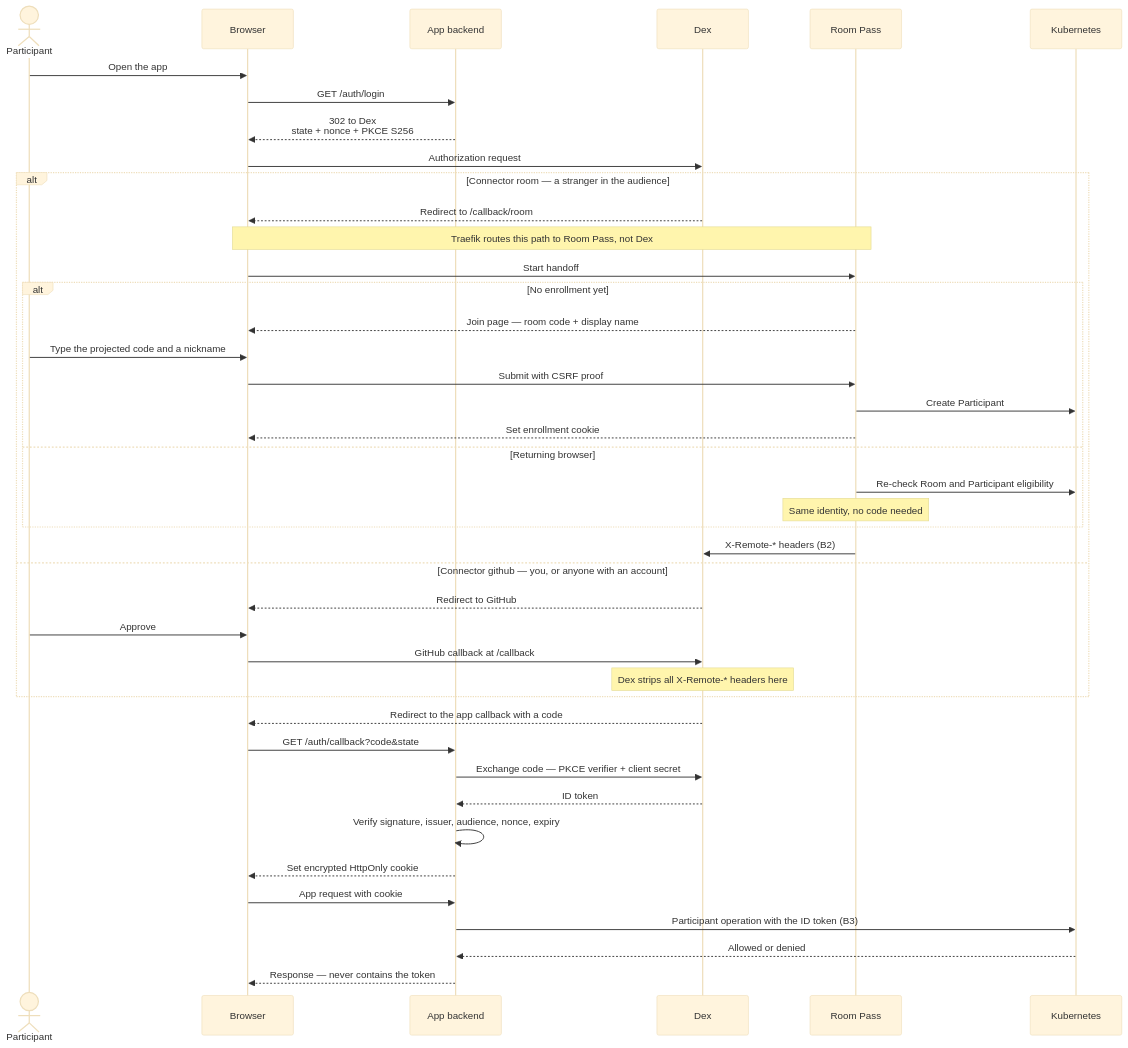
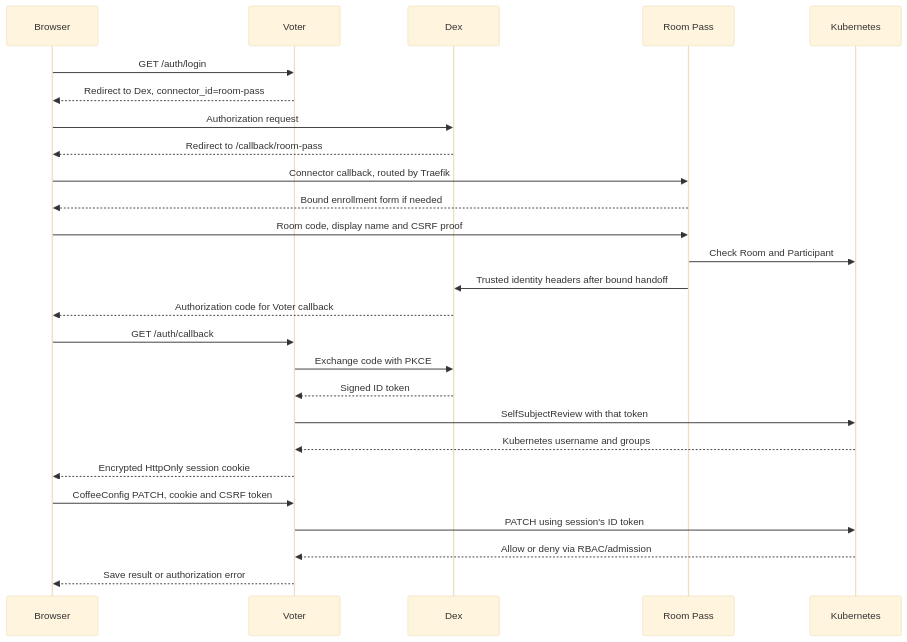
The diagram in room-pass/login-explained.md (sunib/voter), drawn with Mermaid (base theme) before and after one commit. The commit also changed other lines of this file and 57 other files, not shown here.

Commit message:
test: cover authorization and Dex network isolation; retire legacy deployment

````diff
--- a/room-pass/login-explained.md
+++ b/room-pass/login-explained.md
@@ -79,47 +26,28 @@
 ```mermaid
 sequenceDiagram
-    actor P as Participant
     participant B as Browser
-    participant A as App backend
+    participant V as Voter
     participant D as Dex
     participant R as Room Pass
     participant K as Kubernetes
-
-    P->>B: Open the app
-    B->>A: GET /auth/login
-    A-->>B: 302 to Dex<br/>state + nonce + PKCE S256
+    B->>V: GET /auth/login
+    V-->>B: Redirect to Dex, connector_id=room-pass
     B->>D: Authorization request
-
-    alt Connector room — a stranger in the audience
-        D-->>B: Redirect to /callback/room
-        Note over B,R: Traefik routes this path to Room Pass, not Dex
-        B->>R: Start handoff
-        alt No enrollment yet
-            R-->>B: Join page — room code + display name
-            P->>B: Type the projected code and a nickname
-            B->>R: Submit with CSRF proof
-            R->>K: Create Participant
-            R-->>B: Set enrollment cookie
-        else Returning browser
-            R->>K: Re-check Room and Participant eligibility
-            Note over R: Same identity, no code needed
-        end
-        R->>D: X-Remote-* headers (B2)
-    else Connector github — you, or anyone with an account
-        D-->>B: Redirect to GitHub
-        P->>B: Approve
-        B->>D: GitHub callback at /callback
-        Note over D: Dex strips all X-Remote-* headers here
-    end
-
-    D-->>B: Redirect to the app callback with a code
-    B->>A: GET /auth/callback?code&state
-    A->>D: Exchange code — PKCE verifier + client secret
-    D-->>A: ID token
-    A->>A: Verify signature, issuer, audience, nonce, expiry
-    A-->>B: Set encrypted HttpOnly cookie
-    B->>A: App request with cookie
-    A->>K: Participant operation with the ID token (B3)
-    K-->>A: Allowed or denied
-    A-->>B: Response — never contains the token
+    D-->>B: Redirect to /callback/room-pass
+    B->>R: Connector callback, routed by Traefik
+    R-->>B: Bound enrollment form if needed
+    B->>R: Room code, display name and CSRF proof
+    R->>K: Check Room and Participant
+    R->>D: Trusted identity headers after bound handoff
+    D-->>B: Authorization code for Voter callback
+    B->>V: GET /auth/callback
+    V->>D: Exchange code with PKCE
+    D-->>V: Signed ID token
+    V->>K: SelfSubjectReview with that token
+    K-->>V: Kubernetes username and groups
+    V-->>B: Encrypted HttpOnly session cookie
+    B->>V: CoffeeConfig PATCH, cookie and CSRF token
+    V->>K: PATCH using session's ID token
+    K-->>V: Allow or deny via RBAC/admission
+    V-->>B: Save result or authorization error
 ```
````
